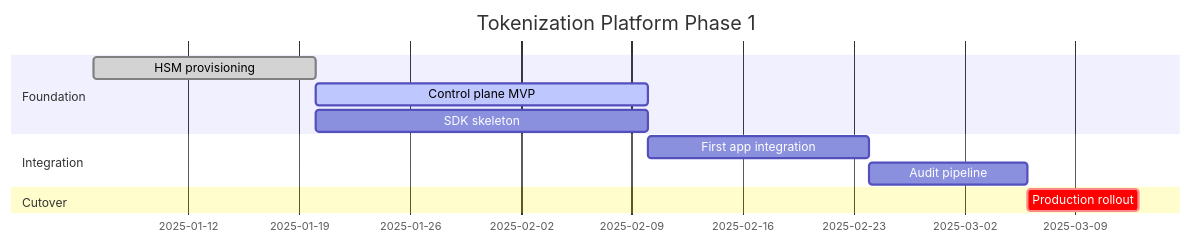
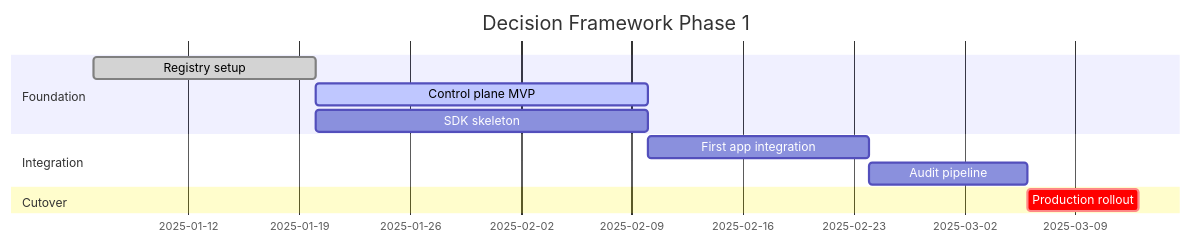
Before and after one commit to SlideWright/lattice: the seventh of 25 diagrams in lib/components/diagram/diagram/diagram.gallery.md, drawn with Mermaid. The commit also changed other lines of this file and 4 other files, not shown here.

First line of the commit message:
content: re-theme the diagram + baseline showcase decks off codebook

````diff
--- a/lib/components/diagram/diagram/diagram.gallery.md
+++ b/lib/components/diagram/diagram/diagram.gallery.md
@@ -226,14 +226,14 @@
 ```mermaid
 gantt
-  title Tokenization Platform Phase 1
+  title Decision Framework Phase 1
   dateFormat YYYY-MM-DD
   section Foundation
-    HSM provisioning      :done,   hsm,   2025-01-06, 14d
-    Control plane MVP     :active, cp,    after hsm, 21d
-    SDK skeleton          :        sdk,   after hsm, 21d
+    Registry setup      :done,   reg,   2025-01-06, 14d
+    Control plane MVP     :active, cp,    after reg, 21d
+    SDK skeleton          :        sdk,   after reg, 21d
   section Integration
     First app integration :        int1,  after cp, 14d
     Audit pipeline        :        audit, after int1, 10d
   section Cutover
     Production rollout    :crit,   roll,  after audit, 7d
 ```
````
